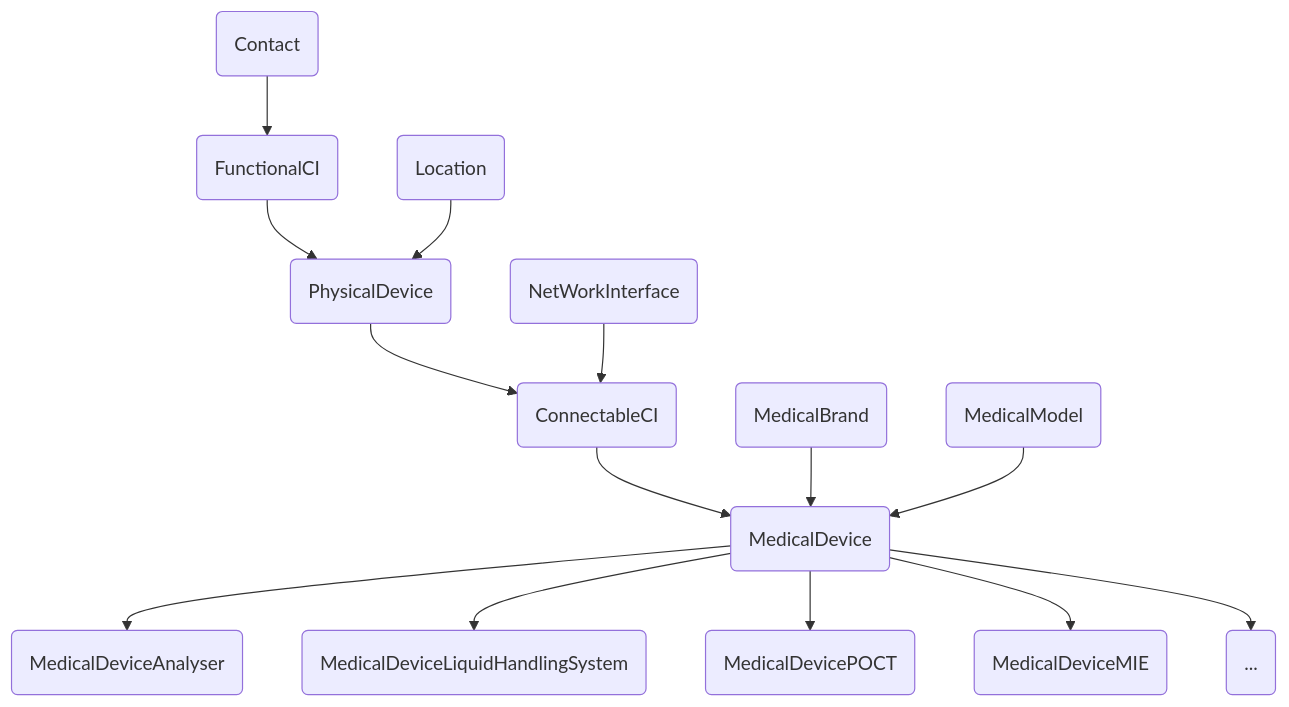
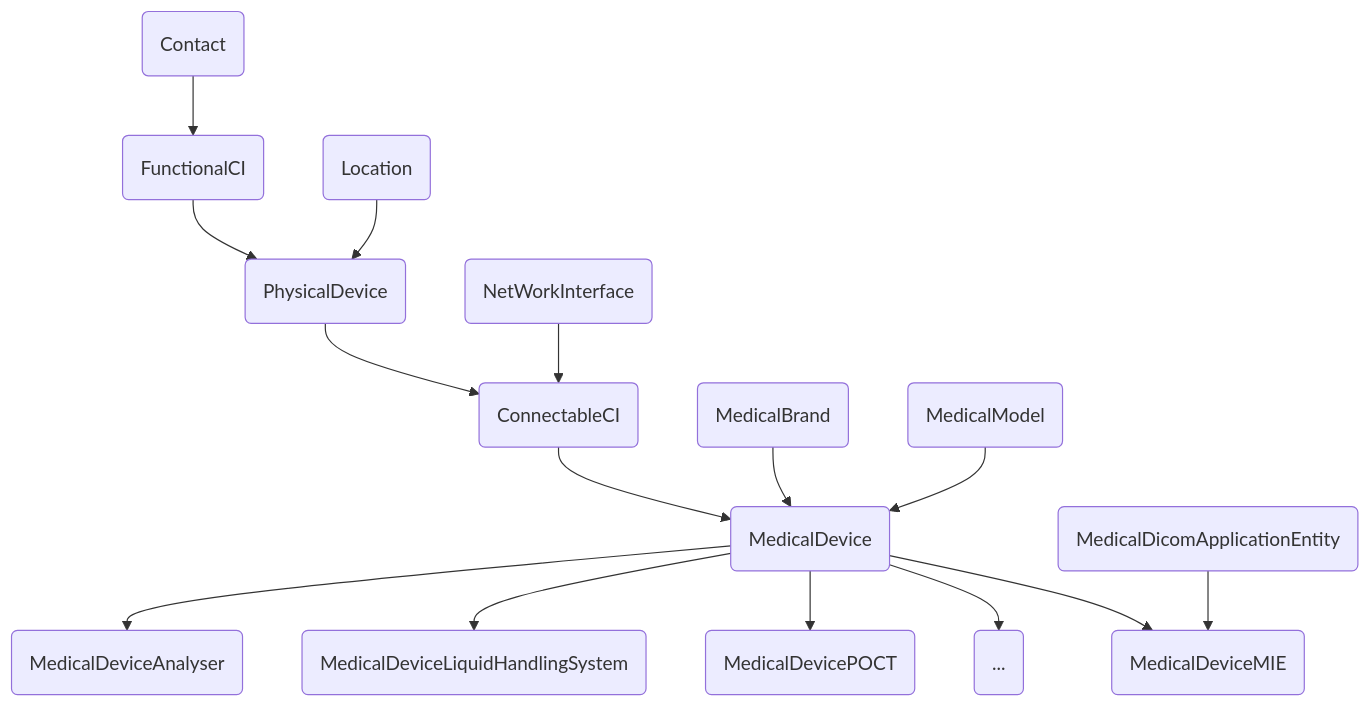
Before and after one commit to rudnerbjoern/iTop-br-medicaldevice: the diagram in README.md, drawn with Mermaid. The commit also changed other lines of this file and 4 other files, not shown here.

````diff
--- a/README.md
+++ b/README.md
@@ -42,17 +44,18 @@
 ```mermaid
 graph TD
 
   FCI(FunctionalCI) --> Phys
   Phys(PhysicalDevice) --> Con(ConnectableCI)
   NetInt(NetWorkInterface) --> Con
   Con --> Dev(MedicalDevice)
   Brand(MedicalBrand) --> Dev
   Model(MedicalModel) --> Dev
   Loc(Location) --> Phys
   Cont(Contact) --> FCI
   Dev --> MDA(MedicalDeviceAnalyser)
   Dev --> MDLHS(MedicalDeviceLiquidHandlingSystem)
   Dev --> MDPOCT(MedicalDevicePOCT)
+  Dev --> MDother(...)
   Dev --> MDMIE(MedicalDeviceMIE)
-  Dev --> MDother(...)
+  DAE(MedicalDicomApplicationEntity) --> MDMIE
 ```
````
